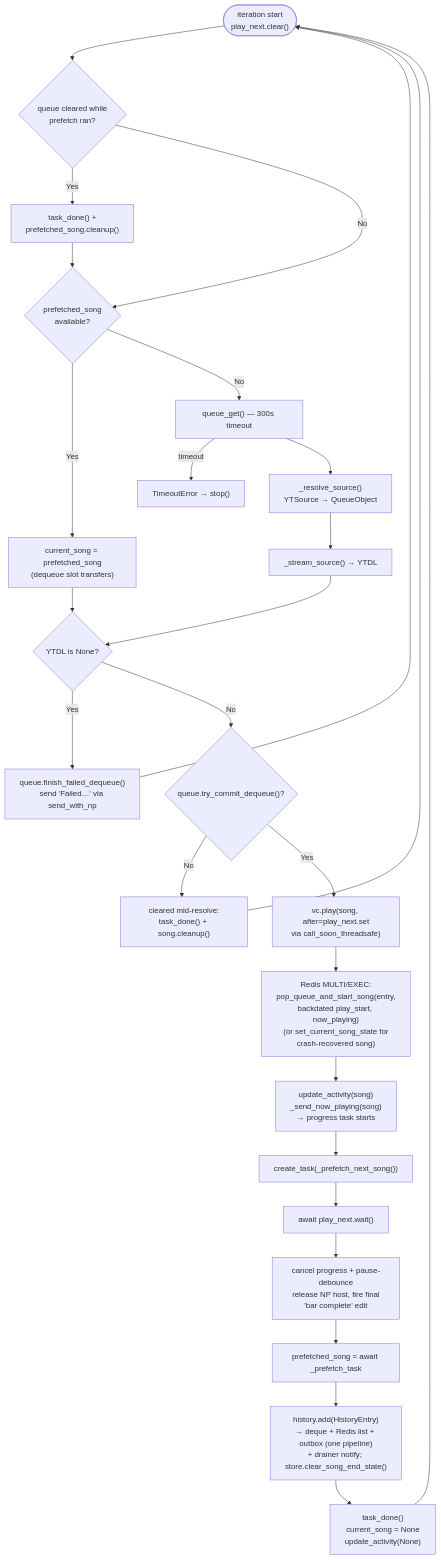
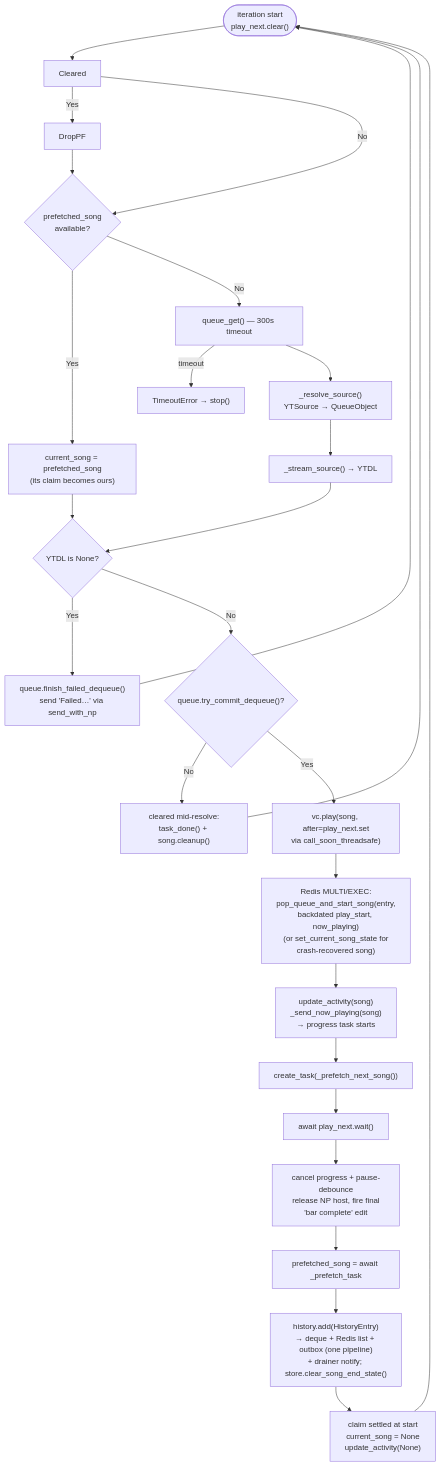
One commit to kawadeomkar/discord-music-bot changed the tenth of 15 diagrams in docs/ARCHITECTURE.md. Above: the diagram before and after it, drawn with Mermaid. The commit also changed other lines of this file and 8 other files, not shown here.

````diff
--- a/docs/ARCHITECTURE.md
+++ b/docs/ARCHITECTURE.md
@@ -568,38 +568,36 @@
 ```mermaid
 flowchart TD
     Start(["iteration start\nplay_next.clear()"])
-    Cleared{"queue cleared while\nprefetch ran?"}
-    DropPF["task_done() +\nprefetched_song.cleanup()"]
     HavePF{"prefetched_song\navailable?"}
-    UsePF["current_song = prefetched_song\n(dequeue slot transfers)"]
+    UsePF["current_song = prefetched_song\n(its claim becomes ours)"]
     GetQueue["queue_get() — 300s timeout"]
     Timeout["TimeoutError → stop()"]
     Resolve["_resolve_source()\nYTSource → QueueObject"]
     Stream["_stream_source() → YTDL"]
     Failed{"YTDL is None?"}
     FailPop["queue.finish_failed_dequeue()\nsend 'Failed…' via send_with_np"]
     Commit{"queue.try_commit_dequeue()?"}
     Discard["cleared mid-resolve:\ntask_done() + song.cleanup()"]
     Play["vc.play(song, after=play_next.set\nvia call_soon_threadsafe)"]
     Persist["Redis MULTI/EXEC:\npop_queue_and_start_song(entry,\nbackdated play_start, now_playing)\n(or set_current_song_state for\ncrash-recovered song)"]
     NP["update_activity(song)\n_send_now_playing(song)\n→ progress task starts"]
     Prefetch["create_task(_prefetch_next_song())"]
     Wait["await play_next.wait()"]
     Retire["cancel progress + pause-debounce\nrelease NP host, fire final\n'bar complete' edit"]
     Collect["prefetched_song = await _prefetch_task"]
     History["history.add(HistoryEntry)\n→ deque + Redis list + outbox (one pipeline)\n+ drainer notify; store.clear_song_end_state()"]
-    Done["task_done()\ncurrent_song = None\nupdate_activity(None)"]
+    Done["claim settled at start\ncurrent_song = None\nupdate_activity(None)"]
 
     Start --> Cleared
     Cleared -->|Yes| DropPF --> HavePF
     Cleared -->|No| HavePF
     HavePF -->|Yes| UsePF --> Failed
     HavePF -->|No| GetQueue
     GetQueue -->|timeout| Timeout
     GetQueue --> Resolve --> Stream --> Failed
     Failed -->|Yes| FailPop --> Start
     Failed -->|No| Commit
     Commit -->|No| Discard --> Start
     Commit -->|Yes| Play --> Persist --> NP --> Prefetch --> Wait
     Wait --> Retire --> Collect --> History --> Done --> Start
 ```
````
